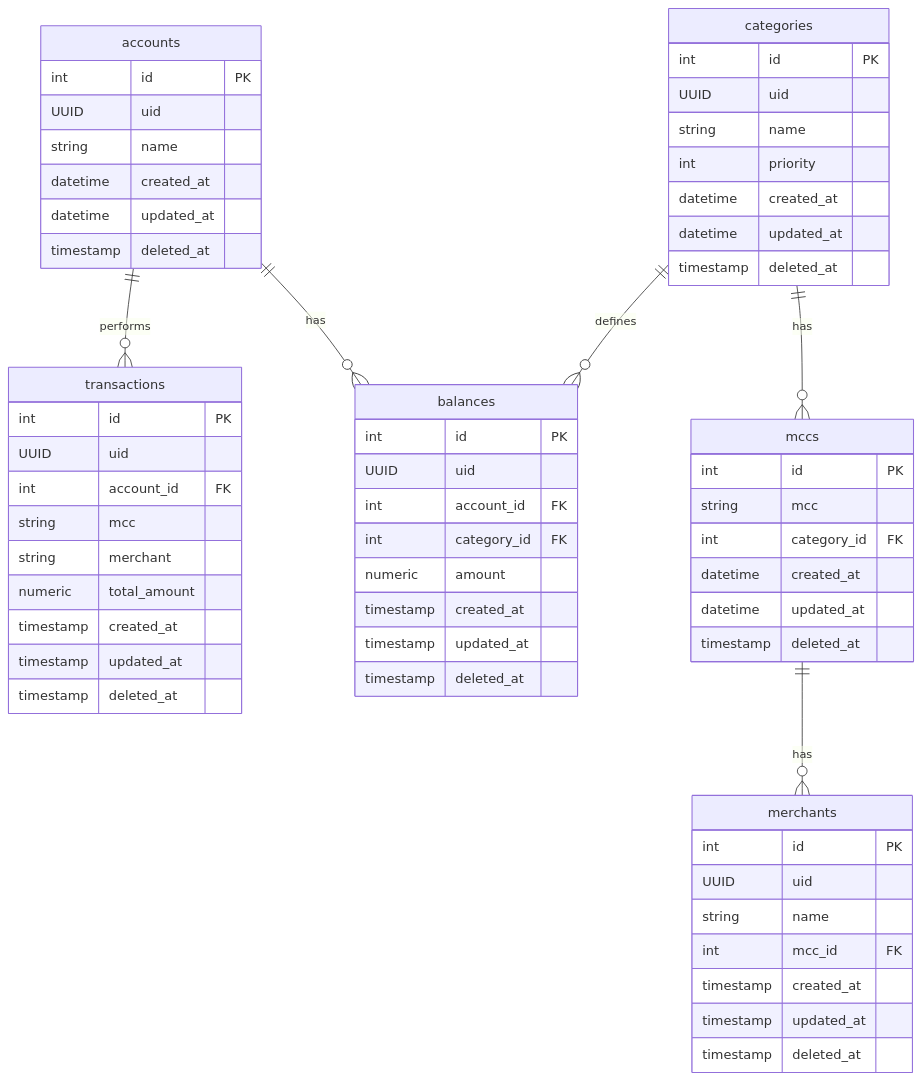
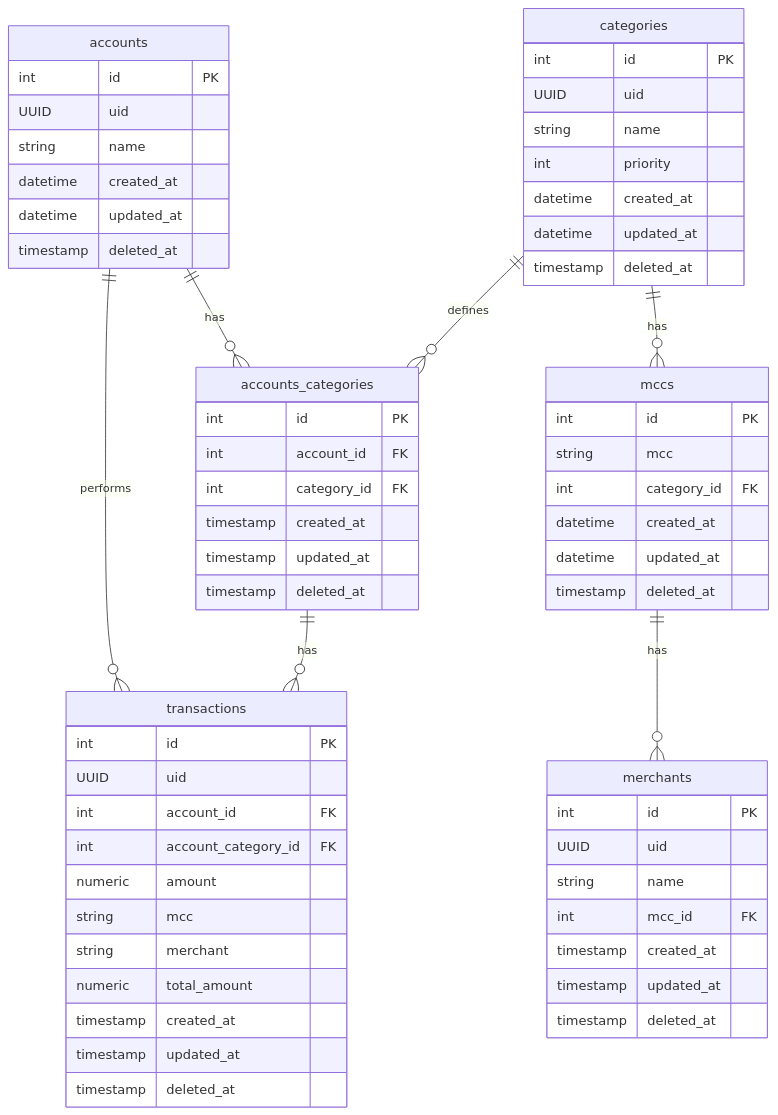
The second of 3 diagrams in README.md (marciovmartins/jtonynet-go-payments-api), drawn with Mermaid before and after one commit.

Commit message:
feat(doc): ER nova estrutura do banco de dados

````diff
--- a/README.md
+++ b/README.md
@@ -492,72 +492,73 @@
 ```mermaid
 erDiagram
     accounts {
         int id PK
         UUID uid
         string name
         datetime created_at
         datetime updated_at
         timestamp deleted_at
     }
 
-    balances {
+    accounts_categories {
         int id PK
-        UUID uid
         int account_id FK
         int category_id FK
-        numeric amount
         timestamp created_at
         timestamp updated_at
         timestamp deleted_at
     }
 
     transactions {
         int id PK
         UUID uid
         int account_id FK
+        int account_category_id FK
+        numeric amount
         string mcc
         string merchant
         numeric total_amount
         timestamp created_at
         timestamp updated_at
         timestamp deleted_at
     }
     
     merchants {
         int id PK
         UUID uid
         string name
         int mcc_id FK
         timestamp created_at
         timestamp updated_at
         timestamp deleted_at
     }
 
    mccs {
         int id PK
         string mcc
         int category_id FK
         datetime created_at
         datetime updated_at
         timestamp deleted_at
     }
 
     categories {
         int id PK
         UUID uid
         string name
         int priority
         datetime created_at
         datetime updated_at
         timestamp deleted_at
     }
 
-    categories ||--o{ balances : defines
+    categories ||--o{ accounts_categories : defines
     accounts ||--o{ transactions : performs
     categories ||--o{ mccs : has
-    accounts ||--o{ balances : has
+    accounts ||--o{ accounts_categories : has
     mccs ||--o{ merchants : has
+    accounts_categories ||--o{ transactions : has
     
 
     
 ```
````
